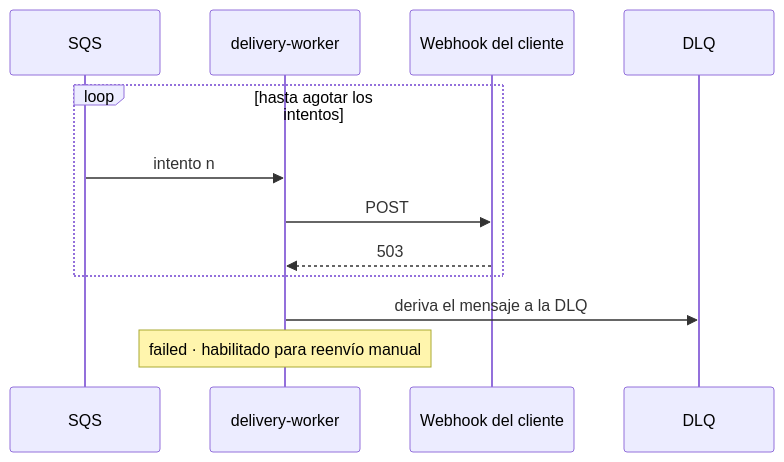
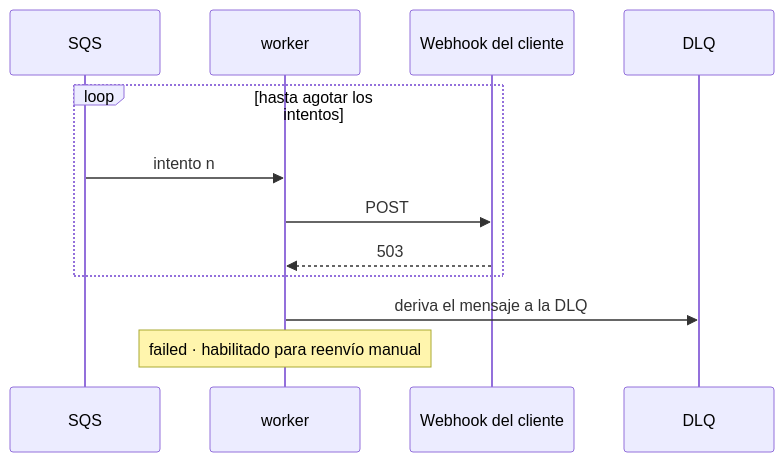
Before and after one commit to ssalaza7/cobre-notification-delivery: the fourth of 5 diagrams in README.md, drawn with Mermaid. The commit also changed other lines of this file and 140 other files, not shown here.

````diff
--- a/README.md
+++ b/README.md
@@ -207,15 +217,15 @@
 ```mermaid
 sequenceDiagram
     participant Q as SQS
-    participant W as delivery-worker
+    participant W as worker
     participant C as Webhook del cliente
     participant D as DLQ
 
     loop hasta agotar los intentos
         Q->>W: intento n
         W->>C: POST
         C-->>W: 503
     end
     W->>D: deriva el mensaje a la DLQ
     Note over W: failed · habilitado para reenvío manual
 ```
````
